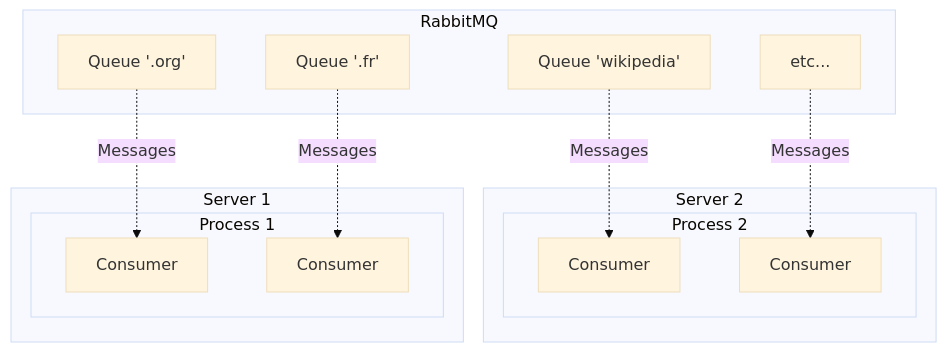
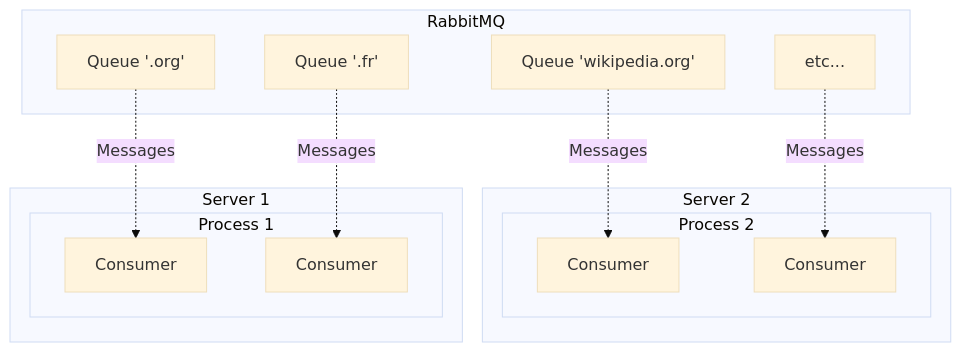
Before and after one commit to Baptouuuu/baptouuuu.github.io: diagram 13 of 13 in docs/conferences/actor model/slides.md, drawn with Mermaid (base theme). The commit also changed other lines of this file, not shown here.

````diff
--- a/docs/conferences/actor model/slides.md
+++ b/docs/conferences/actor model/slides.md
@@ -552,25 +552,25 @@
 ```mermaid
 flowchart TB
     subgraph rabbit["RabbitMQ"]
         q1["Queue '.org'"]
         q2["Queue '.fr'"]
-        q3["Queue 'wikipedia'"]
+        q3["Queue 'wikipedia.org'"]
         q4["etc..."]
     end
     subgraph s2["Server 2"]
         subgraph p2["Process 2"]
             c3["Consumer"]
             c4["Consumer"]
         end
     end
     subgraph s1["Server 1"]
         subgraph p1["Process 1"]
             c1["Consumer"]
             c2["Consumer"]
         end
     end
     q1 -. Messages .-> c1
     q2 -. Messages .-> c2
     q3 -. Messages .-> c3
     q4 -. Messages .-> c4
 ```
````
